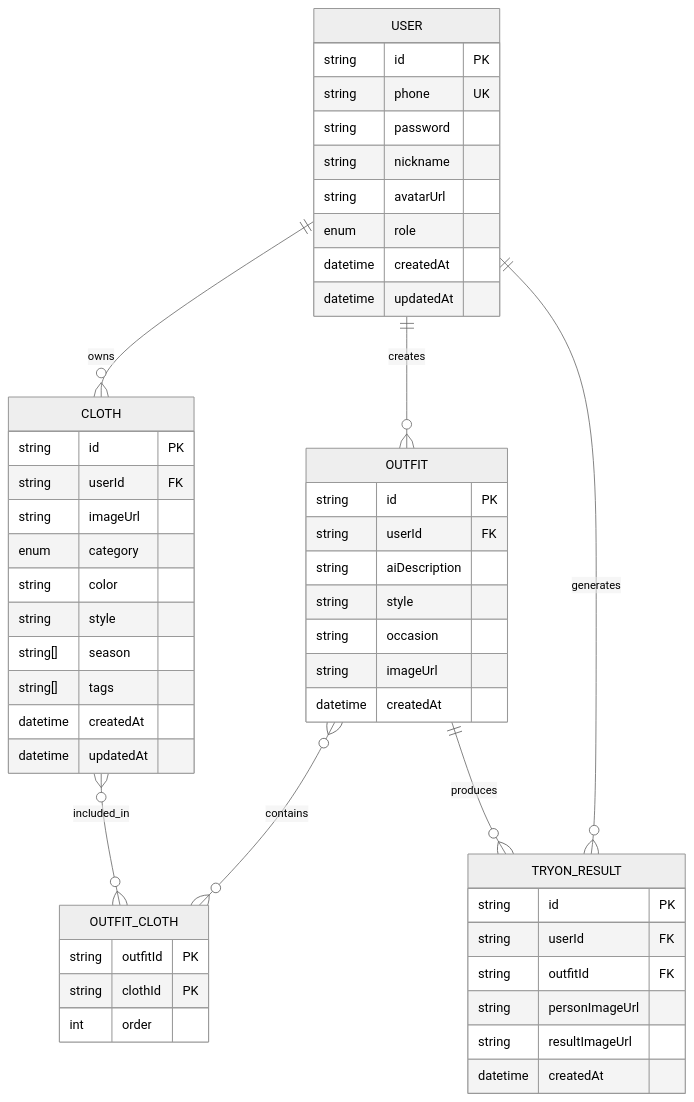
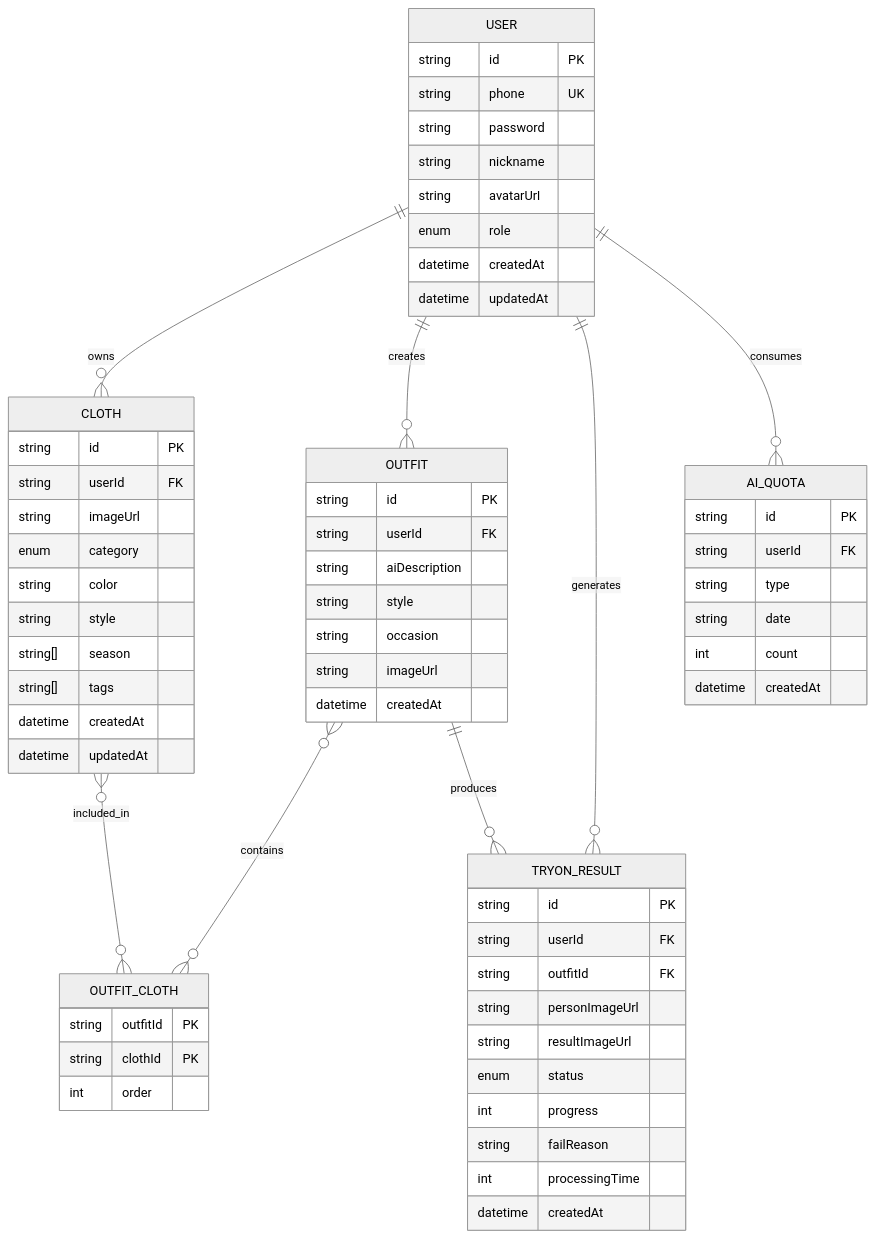
The second of 13 diagrams in .qoder/repowiki/zh/content/后端开发指南/核心模块详解/AI试穿模块.md (lsqwawa/free-dress), drawn with Mermaid (neutral theme) before and after one commit. The commit also changed other lines of this file and 62 other files, not shown here.

````diff
--- a/.qoder/repowiki/zh/content/后端开发指南/核心模块详解/AI试穿模块.md
+++ b/.qoder/repowiki/zh/content/后端开发指南/核心模块详解/AI试穿模块.md
@@ -114,53 +126,66 @@
 ```mermaid
 erDiagram
 USER {
 string id PK
 string phone UK
 string password
 string nickname
 string avatarUrl
 enum role
 datetime createdAt
 datetime updatedAt
 }
 CLOTH {
 string id PK
 string userId FK
 string imageUrl
 enum category
 string color
 string style
 string[] season
 string[] tags
 datetime createdAt
 datetime updatedAt
 }
 OUTFIT {
 string id PK
 string userId FK
 string aiDescription
 string style
 string occasion
 string imageUrl
 datetime createdAt
 }
 OUTFIT_CLOTH {
 string outfitId PK
 string clothId PK
 int order
 }
 TRYON_RESULT {
 string id PK
 string userId FK
 string outfitId FK
 string personImageUrl
 string resultImageUrl
+enum status
+int progress
+string failReason
+int processingTime
+datetime createdAt
+}
+AI_QUOTA {
+string id PK
+string userId FK
+string type
+string date
+int count
 datetime createdAt
 }
 USER ||--o{ CLOTH : owns
 USER ||--o{ OUTFIT : creates
 OUTFIT }o--o{ OUTFIT_CLOTH : contains
 CLOTH }o--o{ OUTFIT_CLOTH : included_in
 USER ||--o{ TRYON_RESULT : generates
 OUTFIT ||--o{ TRYON_RESULT : produces
+USER ||--o{ AI_QUOTA : consumes
 ```
````
